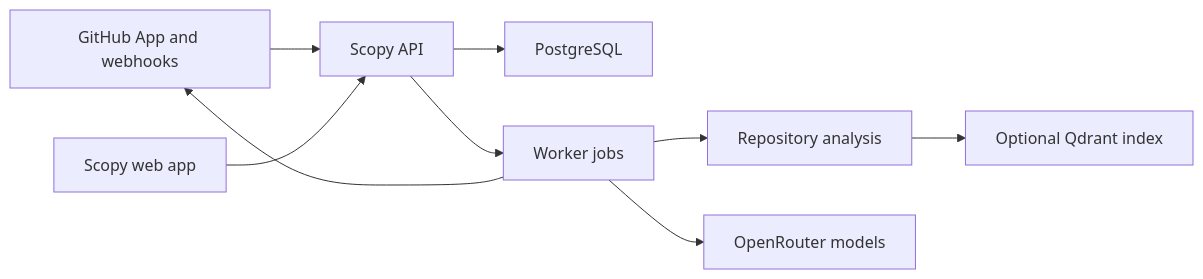
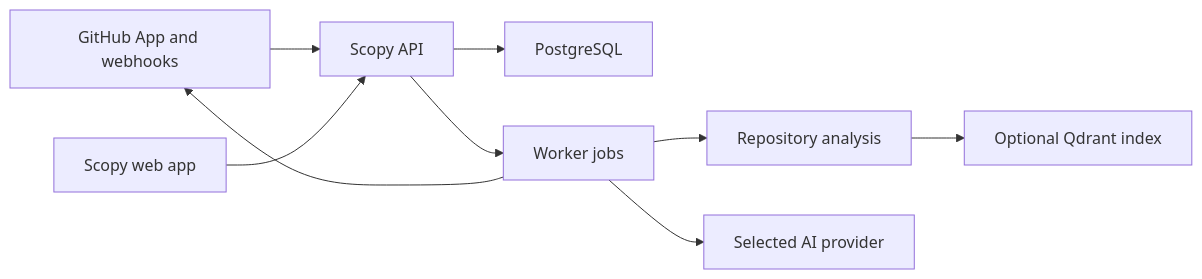
The diagram in self-hosting/how-scopy-works.mdx (scopyai/docs), drawn with Mermaid before and after one commit. The commit also changed 3 other files, not shown here.

````diff
--- a/self-hosting/how-scopy-works.mdx
+++ b/self-hosting/how-scopy-works.mdx
@@ -8,11 +8,11 @@
 ```mermaid
 flowchart LR
   GitHub["GitHub App and webhooks"] --> API["Scopy API"]
   Web["Scopy web app"] --> API
   API --> DB["PostgreSQL"]
   API --> Jobs["Worker jobs"]
   Jobs --> GitHub
   Jobs --> Tools["Repository analysis"]
-  Jobs --> LLM["OpenRouter models"]
+  Jobs --> LLM["Selected AI provider"]
   Tools --> Qdrant["Optional Qdrant index"]
 ```
````
